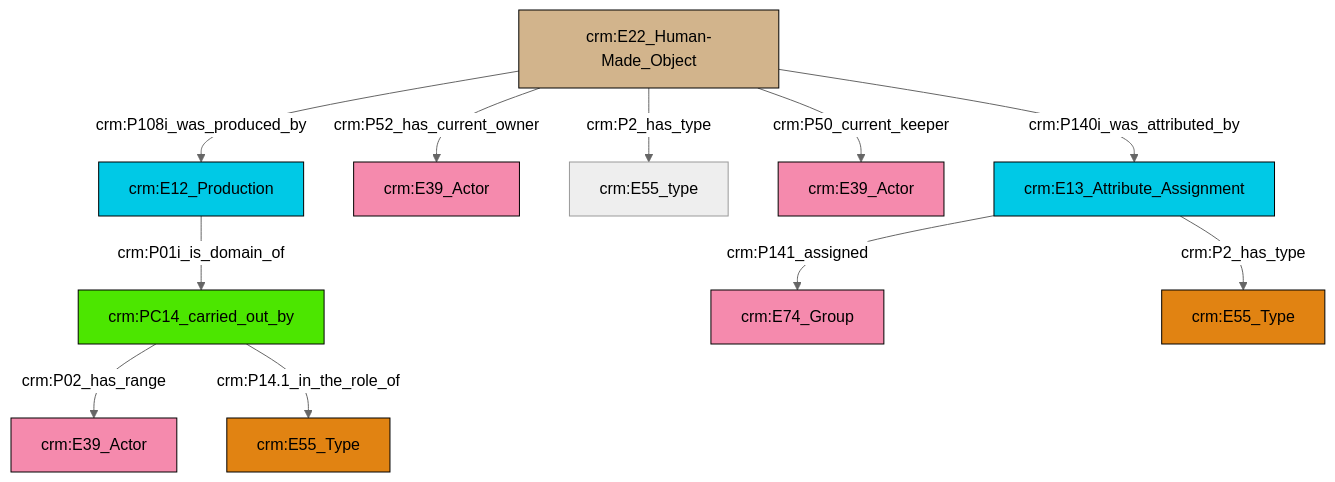
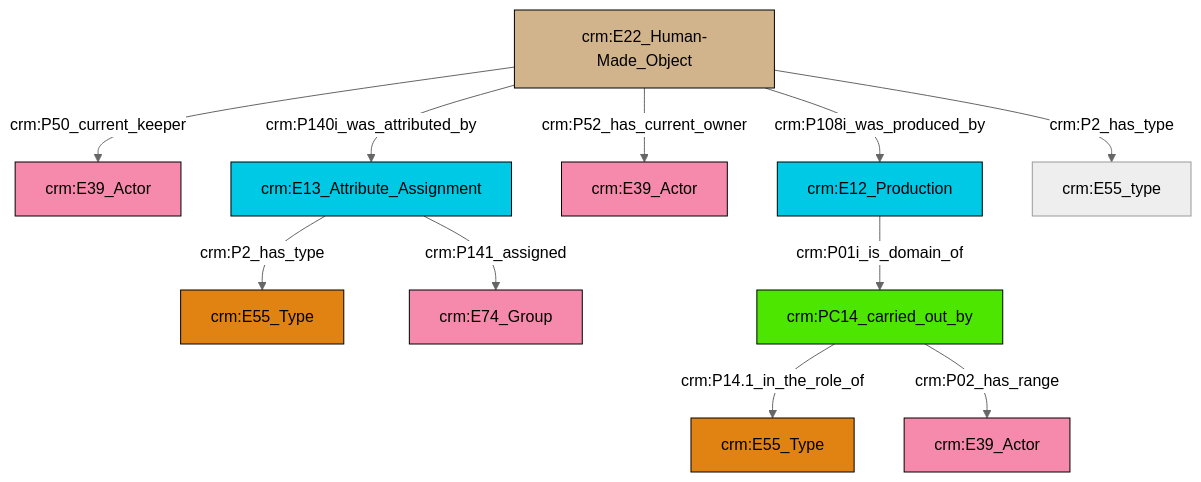
The diagram in et/artworkCSV/ttl/mmd/Artwork_Actor_Relations.ttl.mmd (swiss-art-research-net/reference-data-models), drawn with Mermaid (neutral theme) before and after one commit. The commit also changed 128 other files, not shown here.

```diff
--- a/et/artworkCSV/ttl/mmd/Artwork_Actor_Relations.ttl.mmd
+++ b/et/artworkCSV/ttl/mmd/Artwork_Actor_Relations.ttl.mmd
@@ -1,25 +1,25 @@
 graph TD
 classDef Literal fill:#f2f2f2,stroke:#000000;
 classDef CRM_Entity fill:#FFFFFF,stroke:#000000;
 classDef Temporal_Entity fill:#00C9E6, stroke:#000000;
 classDef Type fill:#E18312, stroke:#000000;
 classDef Time-Span fill:#2C9C91, stroke:#000000;
 classDef Appellation fill:#FFEB7F, stroke:#000000;
 classDef Place fill:#008836, stroke:#000000;
 classDef Persistent_Item fill:#B266B2, stroke:#000000;
 classDef Conceptual_Object fill:#FFD700, stroke:#000000;
 classDef Physical_Thing fill:#D2B48C, stroke:#000000;
 classDef Actor fill:#f58aad, stroke:#000000;
 classDef PC_Classes fill:#4ce600, stroke:#000000;
 classDef Multi fill:#cccccc,stroke:#000000;
 
-2["crm:E12_Production"]:::Temporal_Entity -->|crm:P01i_is_domain_of| 3["crm:PC14_carried_out_by"]:::PC_Classes
-0["crm:E22_Human-Made_Object"]:::Physical_Thing -->|crm:P52_has_current_owner| 4["crm:E39_Actor"]:::Actor
-3["crm:PC14_carried_out_by"]:::PC_Classes -->|crm:P02_has_range| 7["crm:E39_Actor"]:::Actor
-0["crm:E22_Human-Made_Object"]:::Physical_Thing -->|crm:P50_current_keeper| 8["crm:E39_Actor"]:::Actor
-12["crm:E13_Attribute_Assignment"]:::Temporal_Entity -->|crm:P141_assigned| 13["crm:E74_Group"]:::Actor
-12["crm:E13_Attribute_Assignment"]:::Temporal_Entity -->|crm:P2_has_type| 14["crm:E55_Type"]:::Type
-0["crm:E22_Human-Made_Object"]:::Physical_Thing -->|crm:P140i_was_attributed_by| 12["crm:E13_Attribute_Assignment"]:::Temporal_Entity
-0["crm:E22_Human-Made_Object"]:::Physical_Thing -->|crm:P2_has_type| 5["crm:E55_type"]:::Default
-0["crm:E22_Human-Made_Object"]:::Physical_Thing -->|crm:P108i_was_produced_by| 2["crm:E12_Production"]:::Temporal_Entity
-3["crm:PC14_carried_out_by"]:::PC_Classes -->|crm:P14.1_in_the_role_of| 18["crm:E55_Type"]:::Type
+2["crm:E13_Attribute_Assignment"]:::Temporal_Entity -->|crm:P2_has_type| 0["crm:E55_Type"]:::Type
+8["crm:E22_Human-Made_Object"]:::Physical_Thing -->|crm:P50_current_keeper| 9["crm:E39_Actor"]:::Actor
+12["crm:PC14_carried_out_by"]:::PC_Classes -->|crm:P14.1_in_the_role_of| 13["crm:E55_Type"]:::Type
+12["crm:PC14_carried_out_by"]:::PC_Classes -->|crm:P02_has_range| 4["crm:E39_Actor"]:::Actor
+2["crm:E13_Attribute_Assignment"]:::Temporal_Entity -->|crm:P141_assigned| 15["crm:E74_Group"]:::Actor
+8["crm:E22_Human-Made_Object"]:::Physical_Thing -->|crm:P140i_was_attributed_by| 2["crm:E13_Attribute_Assignment"]:::Temporal_Entity
+8["crm:E22_Human-Made_Object"]:::Physical_Thing -->|crm:P52_has_current_owner| 17["crm:E39_Actor"]:::Actor
+8["crm:E22_Human-Made_Object"]:::Physical_Thing -->|crm:P108i_was_produced_by| 10["crm:E12_Production"]:::Temporal_Entity
+10["crm:E12_Production"]:::Temporal_Entity -->|crm:P01i_is_domain_of| 12["crm:PC14_carried_out_by"]:::PC_Classes
+8["crm:E22_Human-Made_Object"]:::Physical_Thing -->|crm:P2_has_type| 6["crm:E55_type"]:::Default
```
